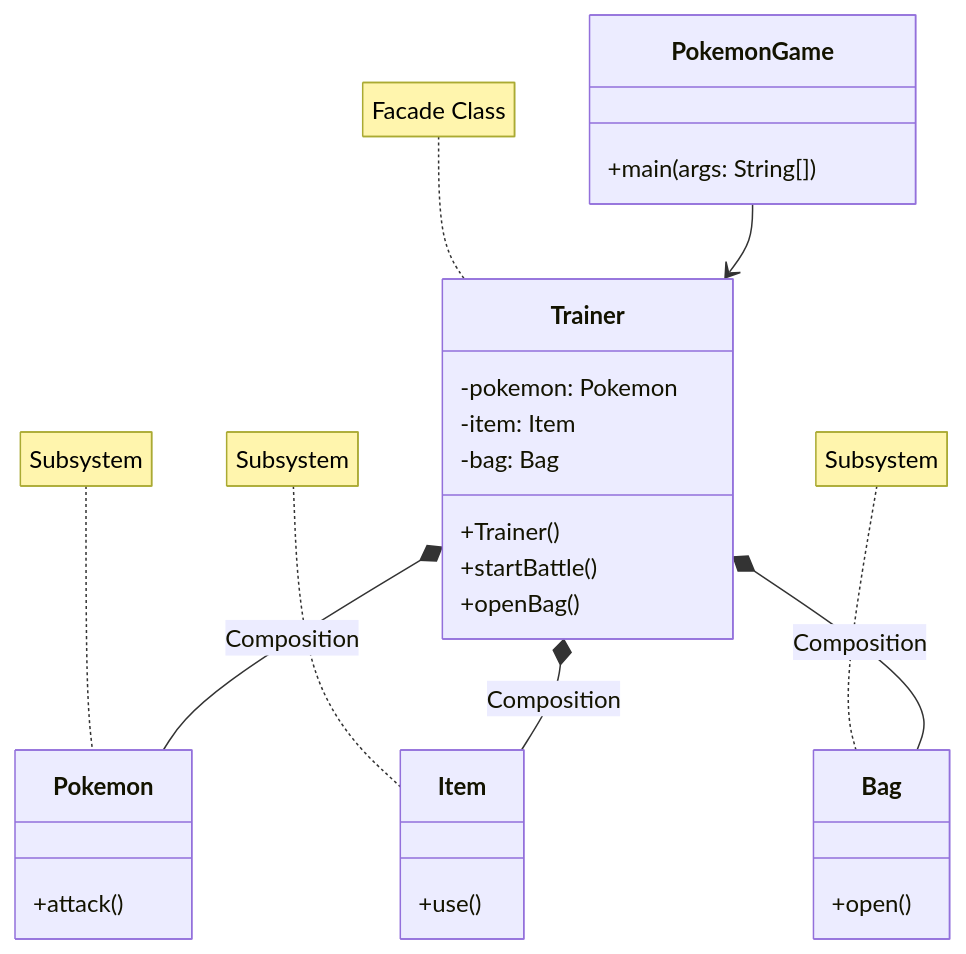
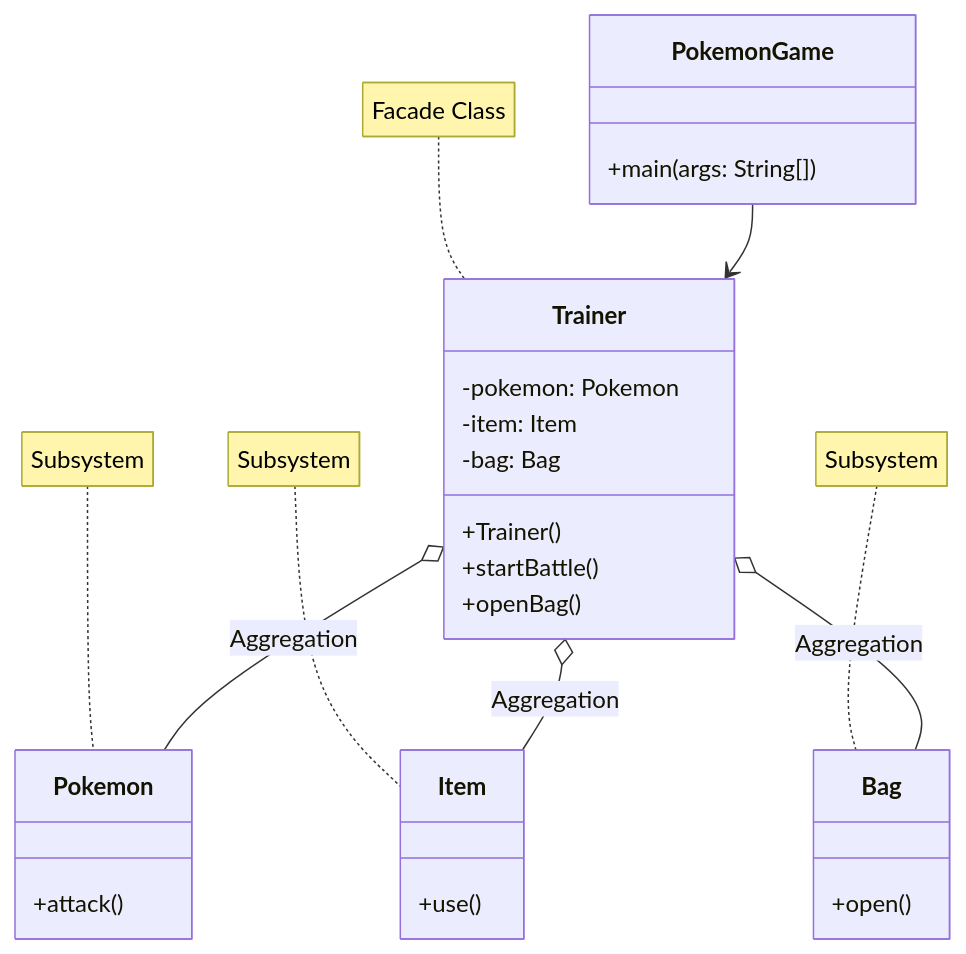
One commit to inhawinter/2023-Software-Engineering changed the diagram in week13/src/FACADE.md. Above: the diagram before and after it, drawn with Mermaid.

Commit message:
week13 facade pattern 04

````diff
--- a/week13/src/FACADE.md
+++ b/week13/src/FACADE.md
@@ -1,37 +1,37 @@
 ```mermaid
 classDiagram
     PokemonGame --> Trainer
     note for Trainer "Facade Class"    
     
-    Trainer *-- Pokemon : Composition
-    Trainer *-- Item : Composition
-    Trainer *-- Bag : Composition
+    Trainer o-- Pokemon : Aggregation
+    Trainer o-- Item : Aggregation
+    Trainer o-- Bag : Aggregation
     note for Pokemon "Subsystem"
     note for Item "Subsystem"
     note for Bag "Subsystem"
     
     class Pokemon {
         +attack()
     }
 
     class Item {
         +use()
     }
 
     class Bag {
         +open()
     }
 
     class Trainer {
         -pokemon: Pokemon
         -item: Item
         -bag: Bag
         +Trainer()
         +startBattle()
         +openBag()
     }
 
     class PokemonGame {
         +main(args: String[])
     }
 ```
````
